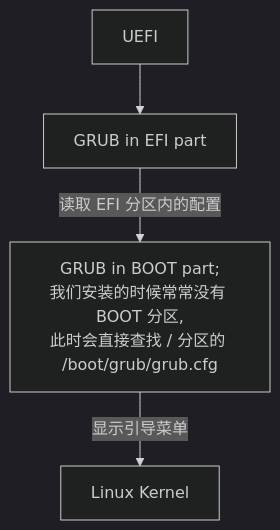
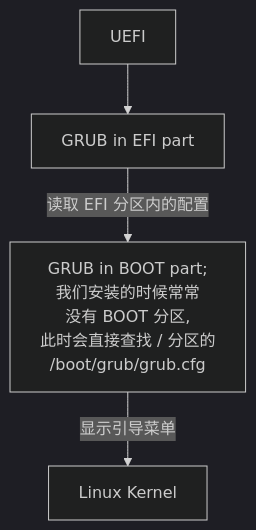
The diagram in source/_posts/LinuxLessonForKJFWD.md (84634E1A607A/Blog), drawn with Mermaid (dark theme) before and after one commit. The commit also changed other lines of this file and 1 other file, not shown here.

````diff
--- a/source/_posts/LinuxLessonForKJFWD.md
+++ b/source/_posts/LinuxLessonForKJFWD.md
@@ -452,8 +489,10 @@
 ```mermaid
 flowchart TD
 U[UEFI] --> G1["GRUB in EFI part"]
 G1 --> |读取 EFI 分区内的配置| G2["GRUB in BOOT part;
-我们安装的时候常常没有 BOOT 分区,
-此时会直接查找 / 分区的 /boot/grub/grub.cfg"]
+我们安装的时候常常
+没有 BOOT 分区,
+此时会直接查找 / 分区的
+/boot/grub/grub.cfg"]
 G2 --> |显示引导菜单| K["Linux Kernel"]
 ```
````
